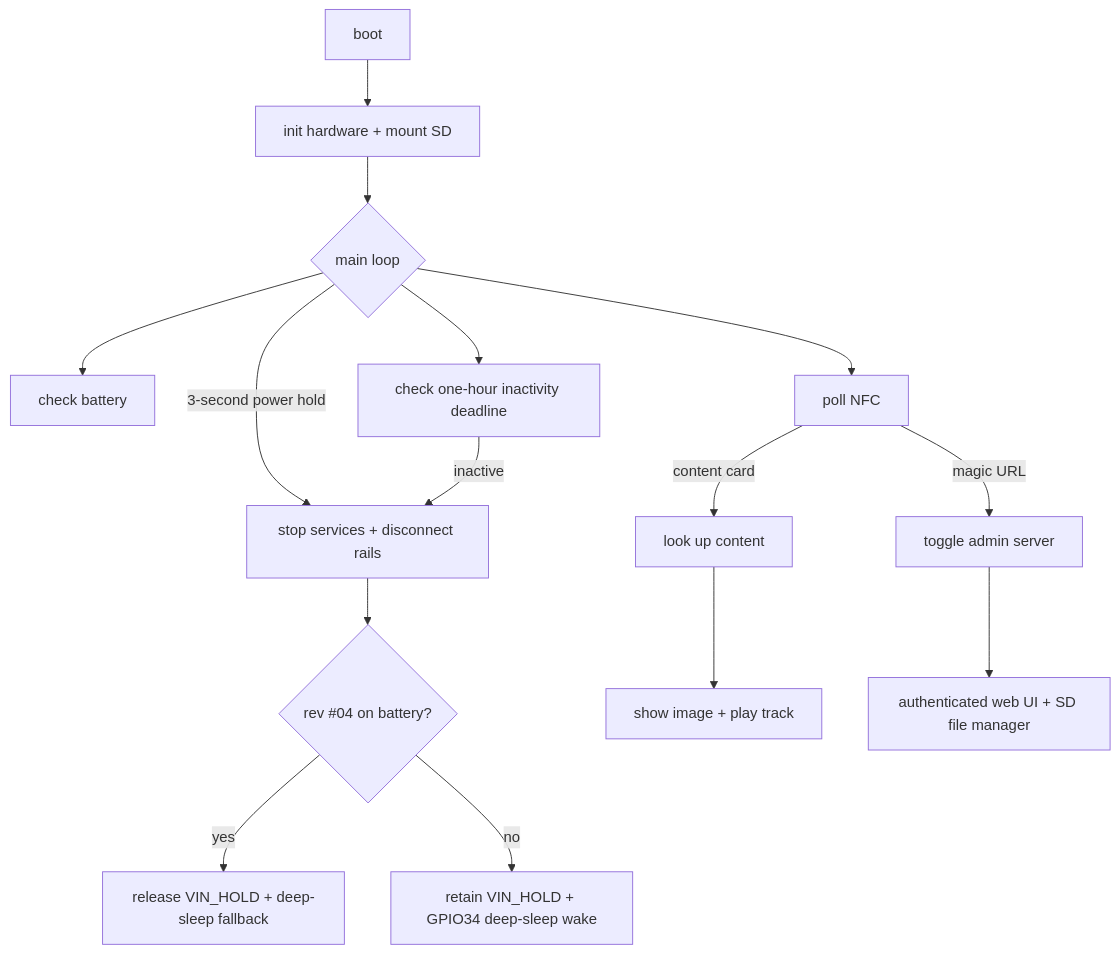
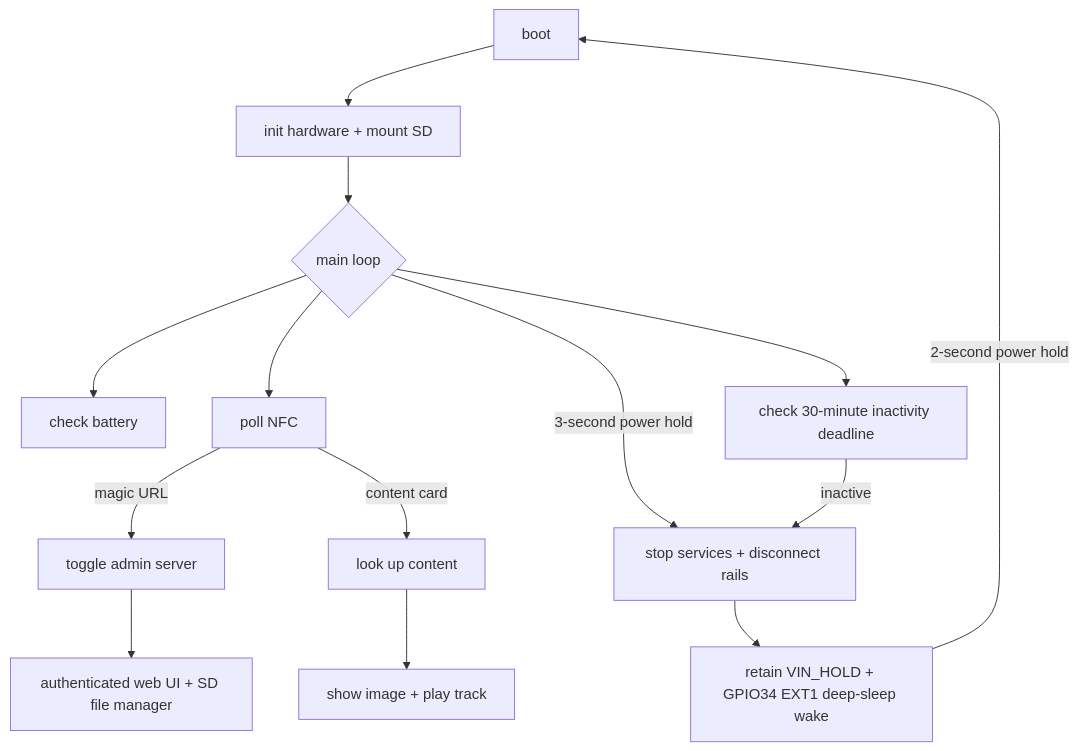
The first of 2 diagrams in docs/open-yoto-firmware.md (tensorfish/open-yoto), drawn with Mermaid before and after one commit. The commit also changed other lines of this file and 13 other files, not shown here.

````diff
--- a/docs/open-yoto-firmware.md
+++ b/docs/open-yoto-firmware.md
@@ -17,17 +19,16 @@
 ```mermaid
 flowchart TD
   A[boot] --> B[init hardware + mount SD]
   B --> D{main loop}
   D --> E[check battery]
   D --> F[poll NFC]
-  D --> K[check one-hour inactivity deadline]
+  D --> K[check 30-minute inactivity deadline]
   D -->|3-second power hold| L[stop services + disconnect rails]
   K -->|inactive| L
-  L --> M{rev #04 on battery?}
-  M -->|yes| N[release VIN_HOLD + deep-sleep fallback]
-  M -->|no| O[retain VIN_HOLD + GPIO34 deep-sleep wake]
+  L --> O[retain VIN_HOLD + GPIO34 EXT1 deep-sleep wake]
+  O -->|2-second power hold| A
   F -->|magic URL| G[toggle admin server]
   F -->|content card| H[look up content]
   H --> I[show image + play track]
   G --> J[authenticated web UI + SD file manager]
 ```
````
